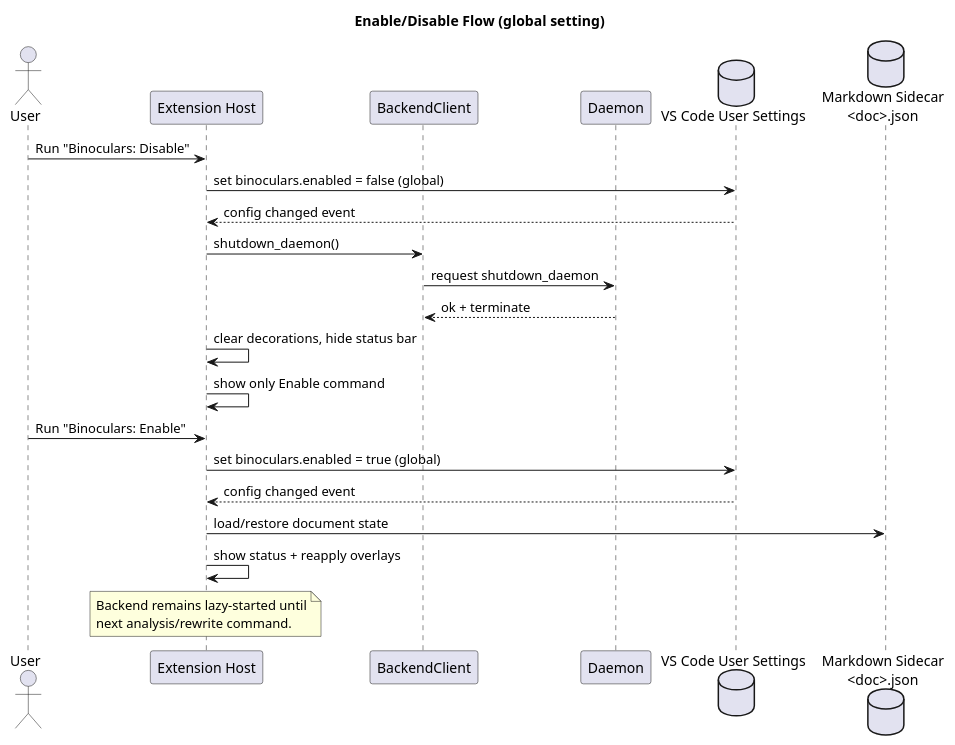
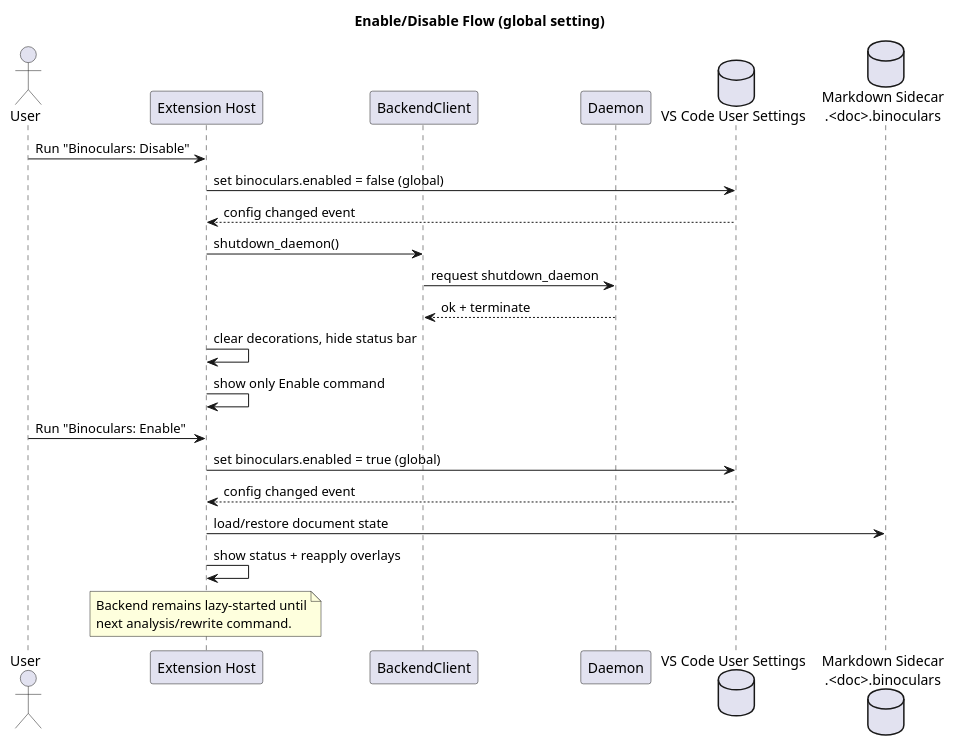
One commit to ngpepin/binoculars changed the fourth of 4 diagrams in vscode-extension/UML.md. Above: the diagram before and after it, drawn with PlantUML. The commit also changed other lines of this file and 24 other files, not shown here.

````diff
--- a/vscode-extension/UML.md
+++ b/vscode-extension/UML.md
@@ -172,32 +172,32 @@
 ```plantuml
 @startuml
 title Enable/Disable Flow (global setting)
 
 actor User
 participant "Extension Host" as Ext
 participant "BackendClient" as Client
 participant "Daemon" as Daemon
 database "VS Code User Settings" as Settings
-database "Markdown Sidecar\n<doc>.json" as Sidecar
+database "Markdown Sidecar\n.<doc>.binoculars" as Sidecar
 
 User -> Ext : Run "Binoculars: Disable"
 Ext -> Settings : set binoculars.enabled = false (global)
 Settings --> Ext : config changed event
 Ext -> Client : shutdown_daemon()
 Client -> Daemon : request shutdown_daemon
 Daemon --> Client : ok + terminate
 Ext -> Ext : clear decorations, hide status bar
 Ext -> Ext : show only Enable command
 
 User -> Ext : Run "Binoculars: Enable"
 Ext -> Settings : set binoculars.enabled = true (global)
 Settings --> Ext : config changed event
 Ext -> Sidecar : load/restore document state
 Ext -> Ext : show status + reapply overlays
 note over Ext
 Backend remains lazy-started until
 next analysis/rewrite command.
 end note
 
 @enduml
 ```
````
